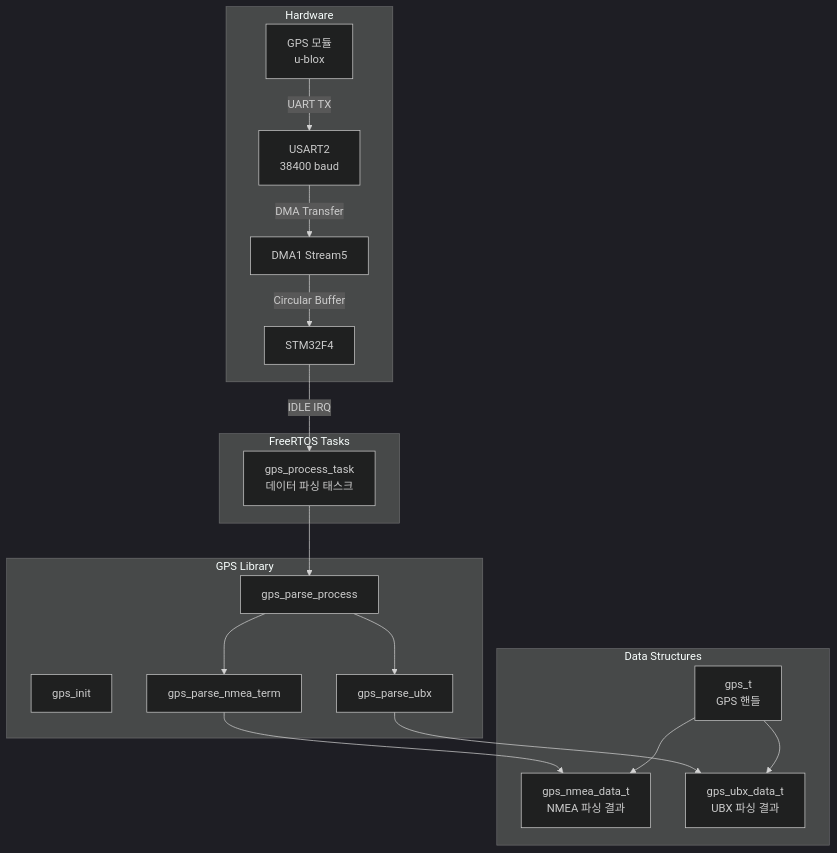
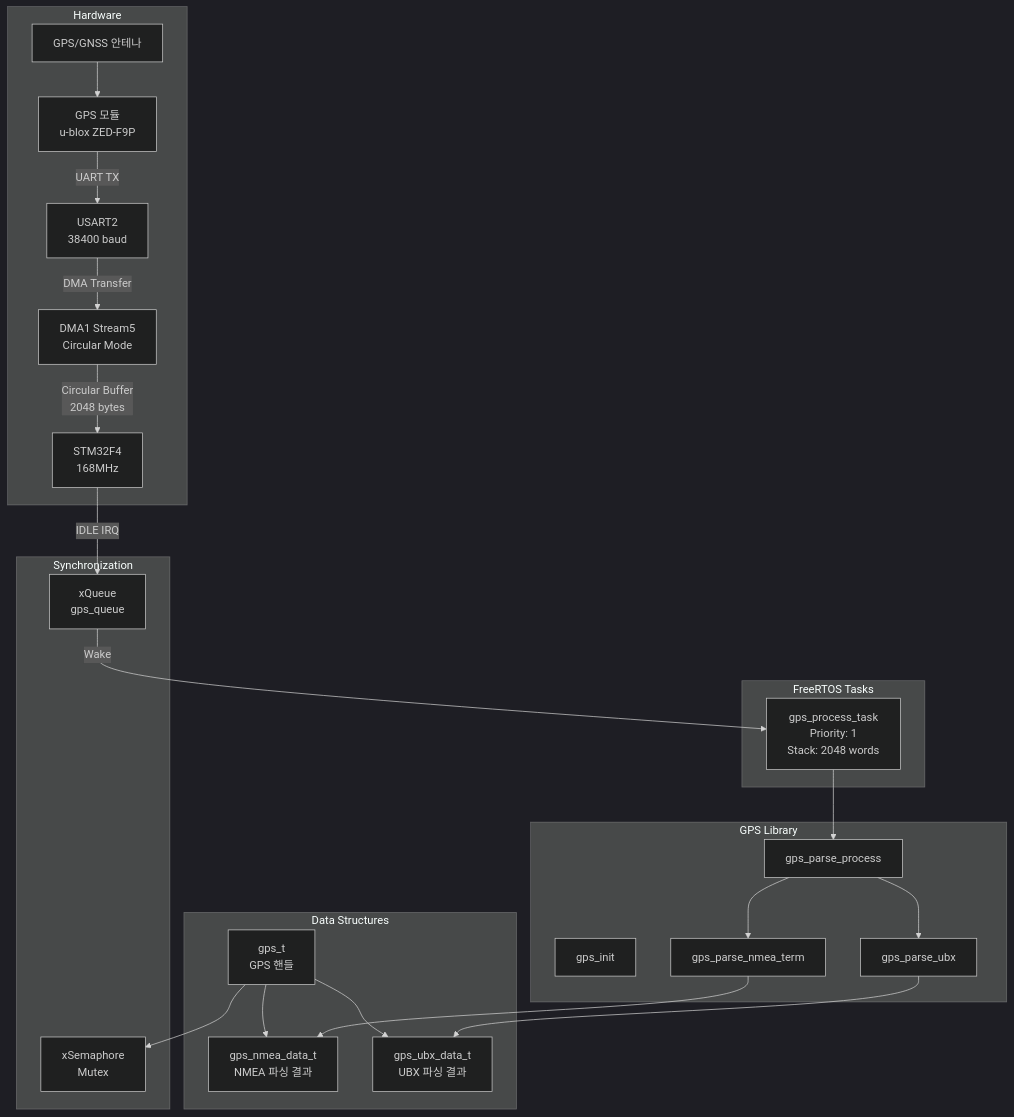
Before and after one commit to mj-kang-iotiz/my_test: the first of 10 diagrams in docs/GPS_LIBRARY.md, drawn with Mermaid (dark theme). The commit also changed other lines of this file and 2 other files, not shown here.

First line of the commit message:
docs: GPS, GSM, LED 라이브러리 기술 문서 대폭 보강

````diff
--- a/docs/GPS_LIBRARY.md
+++ b/docs/GPS_LIBRARY.md
@@ -42,41 +81,50 @@
 ```mermaid
 graph TB
     subgraph "Hardware"
-        GPS_MODULE[GPS 모듈<br/>u-blox]
+        GPS_MODULE[GPS 모듈<br/>u-blox ZED-F9P]
         UART[USART2<br/>38400 baud]
-        DMA[DMA1 Stream5]
-        MCU[STM32F4]
+        DMA[DMA1 Stream5<br/>Circular Mode]
+        MCU[STM32F4<br/>168MHz]
+        ANTENNA[GPS/GNSS 안테나]
     end
 
     subgraph "FreeRTOS Tasks"
-        GPS_TASK[gps_process_task<br/>데이터 파싱 태스크]
+        GPS_TASK[gps_process_task<br/>Priority: 1<br/>Stack: 2048 words]
     end
 
     subgraph "GPS Library"
         GPS_INIT[gps_init]
         GPS_PARSE[gps_parse_process]
         NMEA_PARSER[gps_parse_nmea_term]
         UBX_PARSER[gps_parse_ubx]
     end
 
     subgraph "Data Structures"
         GPS_T[gps_t<br/>GPS 핸들]
         NMEA_DATA[gps_nmea_data_t<br/>NMEA 파싱 결과]
         UBX_DATA[gps_ubx_data_t<br/>UBX 파싱 결과]
     end
 
+    subgraph "Synchronization"
+        MUTEX[xSemaphore<br/>Mutex]
+        QUEUE[xQueue<br/>gps_queue]
+    end
+
+    ANTENNA --> GPS_MODULE
     GPS_MODULE -->|UART TX| UART
     UART -->|DMA Transfer| DMA
-    DMA -->|Circular Buffer| MCU
-    MCU -->|IDLE IRQ| GPS_TASK
+    DMA -->|Circular Buffer<br/>2048 bytes| MCU
+    MCU -->|IDLE IRQ| QUEUE
+    QUEUE -->|Wake| GPS_TASK
 
     GPS_TASK --> GPS_PARSE
     GPS_PARSE --> NMEA_PARSER
     GPS_PARSE --> UBX_PARSER
 
     NMEA_PARSER --> NMEA_DATA
     UBX_PARSER --> UBX_DATA
 
     GPS_T --> NMEA_DATA
     GPS_T --> UBX_DATA
+    GPS_T --> MUTEX
 ```
````
